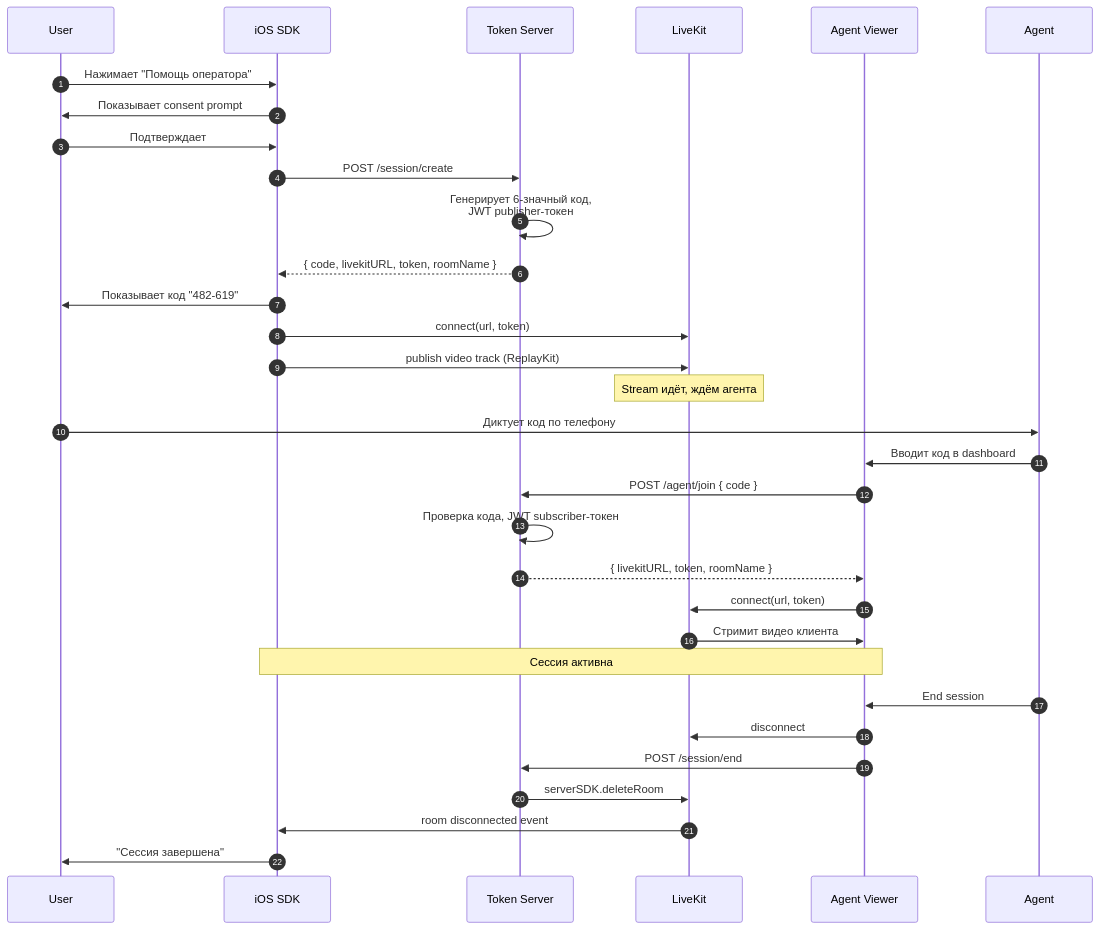
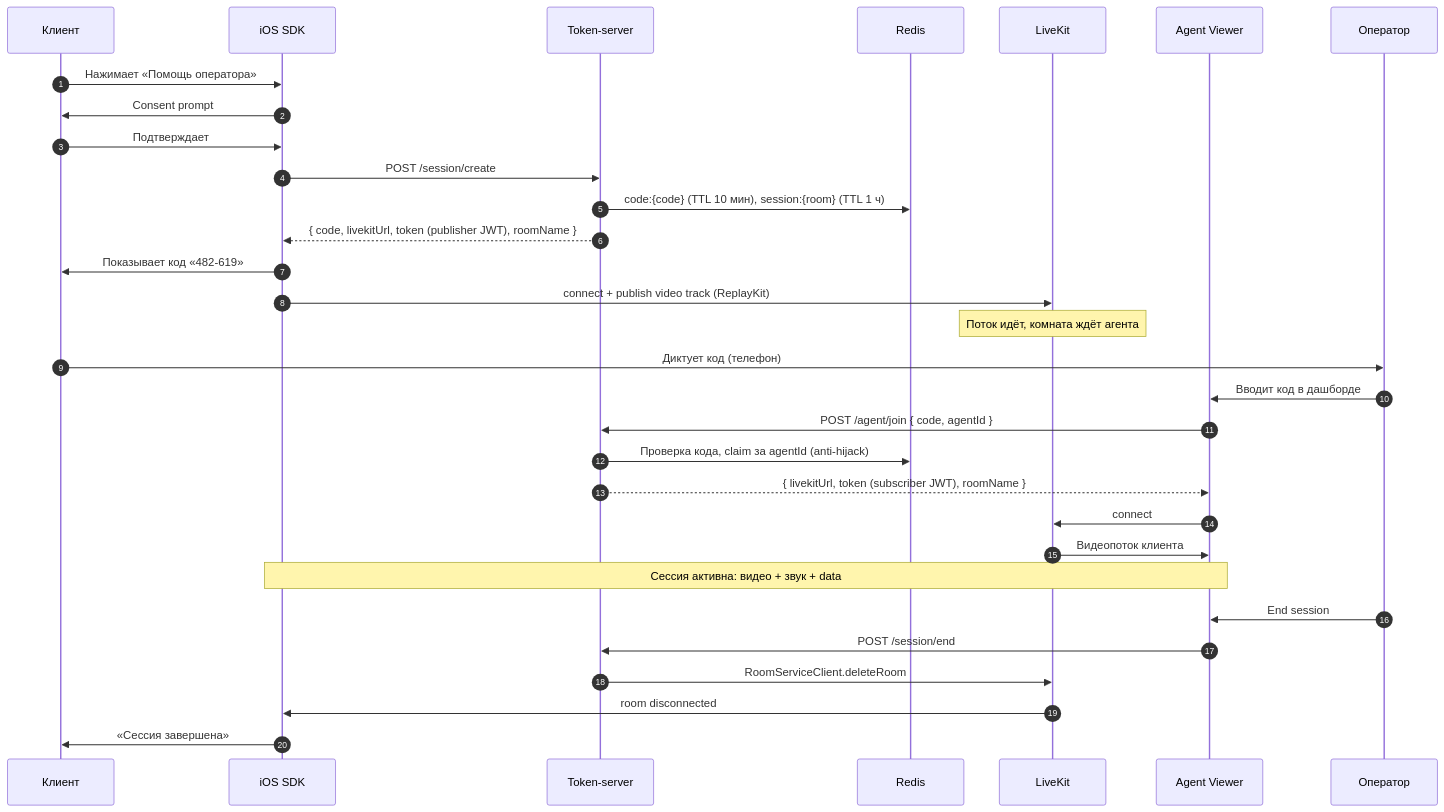
The third of 3 diagrams in docs/architecture.md (yudinko-cpu/cobrowsing-poc), drawn with Mermaid before and after one commit. The commit also changed other lines of this file and 3 other files, not shown here.

````diff
--- a/docs/architecture.md
+++ b/docs/architecture.md
@@ -48,38 +126,37 @@
 ```mermaid
 sequenceDiagram
     autonumber
-    participant U as User
+    participant U as Клиент
     participant iOS as iOS SDK
-    participant API as Token Server
+    participant API as Token-server
+    participant R as Redis
     participant LK as LiveKit
     participant Web as Agent Viewer
-    participant A as Agent
+    participant A as Оператор
 
-    U->>iOS: Нажимает "Помощь оператора"
-    iOS->>U: Показывает consent prompt
+    U->>iOS: Нажимает «Помощь оператора»
+    iOS->>U: Consent prompt
     U->>iOS: Подтверждает
     iOS->>API: POST /session/create
-    API->>API: Генерирует 6-значный код,<br/>JWT publisher-токен
-    API-->>iOS: { code, livekitURL, token, roomName }
-    iOS->>U: Показывает код "482-619"
-    iOS->>LK: connect(url, token)
-    iOS->>LK: publish video track (ReplayKit)
-    Note over LK: Stream идёт, ждём агента
-    
-    U->>A: Диктует код по телефону
-    A->>Web: Вводит код в dashboard
-    Web->>API: POST /agent/join { code }
-    API->>API: Проверка кода, JWT subscriber-токен
-    API-->>Web: { livekitURL, token, roomName }
-    Web->>LK: connect(url, token)
-    LK->>Web: Стримит видео клиента
-    
-    Note over iOS,Web: Сессия активна
-    
+    API->>R: code:{code} (TTL 10 мин), session:{room} (TTL 1 ч)
+    API-->>iOS: { code, livekitUrl, token (publisher JWT), roomName }
+    iOS->>U: Показывает код «482-619»
+    iOS->>LK: connect + publish video track (ReplayKit)
+    Note over LK: Поток идёт, комната ждёт агента
+
+    U->>A: Диктует код (телефон)
+    A->>Web: Вводит код в дашборде
+    Web->>API: POST /agent/join { code, agentId }
+    API->>R: Проверка кода, claim за agentId (anti-hijack)
+    API-->>Web: { livekitUrl, token (subscriber JWT), roomName }
+    Web->>LK: connect
+    LK->>Web: Видеопоток клиента
+
+    Note over iOS,Web: Сессия активна: видео + звук + data
+
     A->>Web: End session
-    Web->>LK: disconnect
     Web->>API: POST /session/end
-    API->>LK: serverSDK.deleteRoom
-    LK->>iOS: room disconnected event
-    iOS->>U: "Сессия завершена"
+    API->>LK: RoomServiceClient.deleteRoom
+    LK->>iOS: room disconnected
+    iOS->>U: «Сессия завершена»
 ```
````
